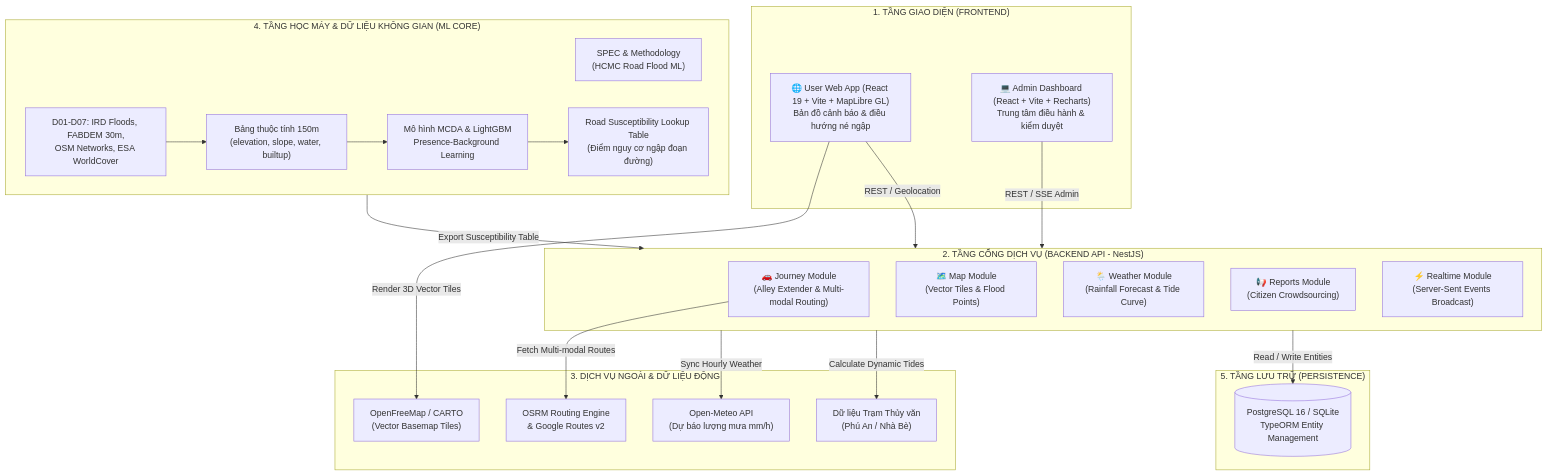
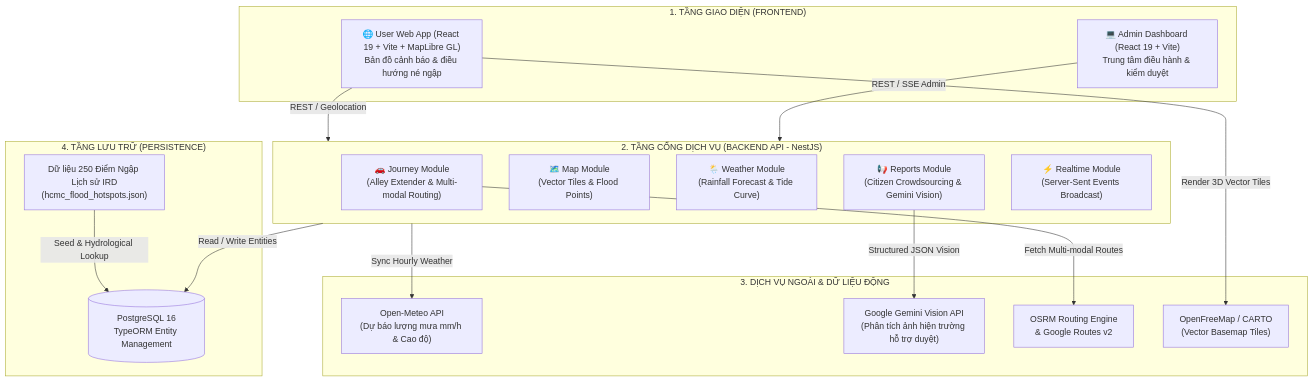
One commit to MAnhhaoo/TokenPlusHKT2026 changed the first of 3 diagrams in docs/SYSTEM_DESIGN.md. Above: the diagram before and after it, drawn with Mermaid. The commit also changed other lines of this file and 14 other files, not shown here.

````diff
--- a/docs/SYSTEM_DESIGN.md
+++ b/docs/SYSTEM_DESIGN.md
@@ -15,46 +15,36 @@
 ```mermaid
 graph TD
     subgraph ClientLayer ["1. TẦNG GIAO DIỆN (FRONTEND)"]
         UserApp["🌐 User Web App (React 19 + Vite + MapLibre GL)<br/>Bản đồ cảnh báo & điều hướng né ngập"]
-        AdminApp["💻 Admin Dashboard (React + Vite + Recharts)<br/>Trung tâm điều hành & kiểm duyệt"]
+        AdminApp["💻 Admin Dashboard (React 19 + Vite)<br/>Trung tâm điều hành & kiểm duyệt"]
     end
 
     subgraph GatewayLayer ["2. TẦNG CỔNG DỊCH VỤ (BACKEND API - NestJS)"]
         JourneyMod["🚗 Journey Module<br/>(Alley Extender & Multi-modal Routing)"]
         MapMod["🗺️ Map Module<br/>(Vector Tiles & Flood Points)"]
         WeatherMod["🌦️ Weather Module<br/>(Rainfall Forecast & Tide Curve)"]
-        ReportsMod["📢 Reports Module<br/>(Citizen Crowdsourcing)"]
+        ReportsMod["📢 Reports Module<br/>(Citizen Crowdsourcing & Gemini Vision)"]
         RealtimeMod["⚡ Realtime Module<br/>(Server-Sent Events Broadcast)"]
     end
 
     subgraph ExternalServices ["3. DỊCH VỤ NGOÀI & DỮ LIỆU ĐỘNG"]
-        OpenMeteo["Open-Meteo API<br/>(Dự báo lượng mưa mm/h)"]
-        TidalData["Dữ liệu Trạm Thủy văn<br/>(Phú An / Nhà Bè)"]
+        OpenMeteo["Open-Meteo API<br/>(Dự báo lượng mưa mm/h & Cao độ)"]
+        GeminiAPI["Google Gemini Vision API<br/>(Phân tích ảnh hiện trường hỗ trợ duyệt)"]
         OSRM["OSRM Routing Engine<br/>& Google Routes v2"]
         VectorTiles["OpenFreeMap / CARTO<br/>(Vector Basemap Tiles)"]
     end
 
-    subgraph MLLayer ["4. TẦNG HỌC MÁY & DỮ LIỆU KHÔNG GIAN (ML CORE)"]
-        MLSpec["SPEC & Methodology<br/>(HCMC Road Flood ML)"]
-        GISData["D01-D07: IRD Floods, FABDEM 30m,<br/>OSM Networks, ESA WorldCover"]
-        FeatureStore["Bảng thuộc tính 150m<br/>(elevation, slope, water, builtup)"]
-        MLModel["Mô hình MCDA & LightGBM<br/>Presence-Background Learning"]
-        MLArtifacts["Road Susceptibility Lookup Table<br/>(Điểm nguy cơ ngập đoạn đường)"]
-    end
-
-    subgraph StorageLayer ["5. TẦNG LƯU TRỮ (PERSISTENCE)"]
-        PostgresDB[(PostgreSQL 16 / SQLite<br/>TypeORM Entity Management)]
+    subgraph StorageLayer ["4. TẦNG LƯU TRỮ (PERSISTENCE)"]
+        PostgresDB[(PostgreSQL 16<br/>TypeORM Entity Management)]
+        IRDDataset["Dữ liệu 250 Điểm Ngập Lịch sử IRD<br/>(hcmc_flood_hotspots.json)"]
     end
 
     UserApp -->|REST / Geolocation| GatewayLayer
     AdminApp -->|REST / SSE Admin| GatewayLayer
     GatewayLayer -->|Sync Hourly Weather| OpenMeteo
-    GatewayLayer -->|Calculate Dynamic Tides| TidalData
+    ReportsMod -->|Structured JSON Vision| GeminiAPI
     JourneyMod -->|Fetch Multi-modal Routes| OSRM
     UserApp -->|Render 3D Vector Tiles| VectorTiles
     GatewayLayer -->|Read / Write Entities| PostgresDB
-    MLLayer -->|Export Susceptibility Table| GatewayLayer
-    FeatureStore --> MLModel
-    GISData --> FeatureStore
-    MLModel --> MLArtifacts
+    IRDDataset -->|Seed & Hydrological Lookup| PostgresDB
 ```
````
